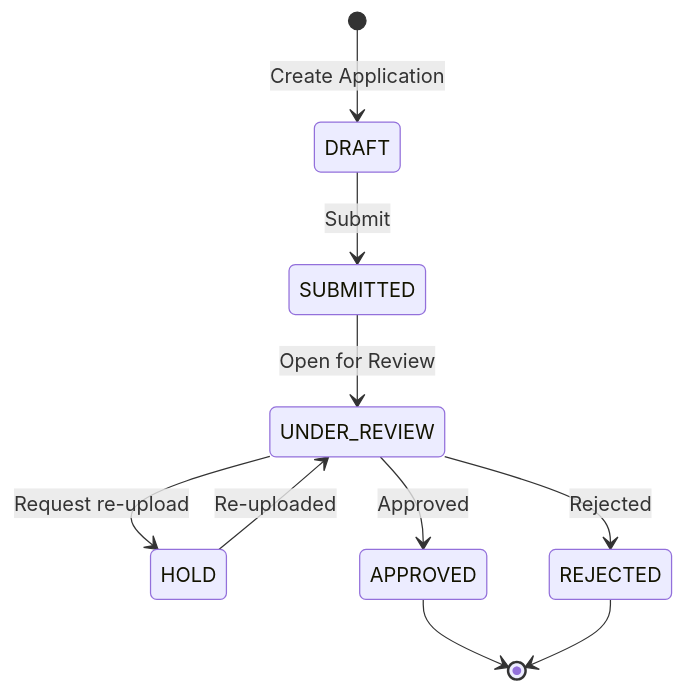
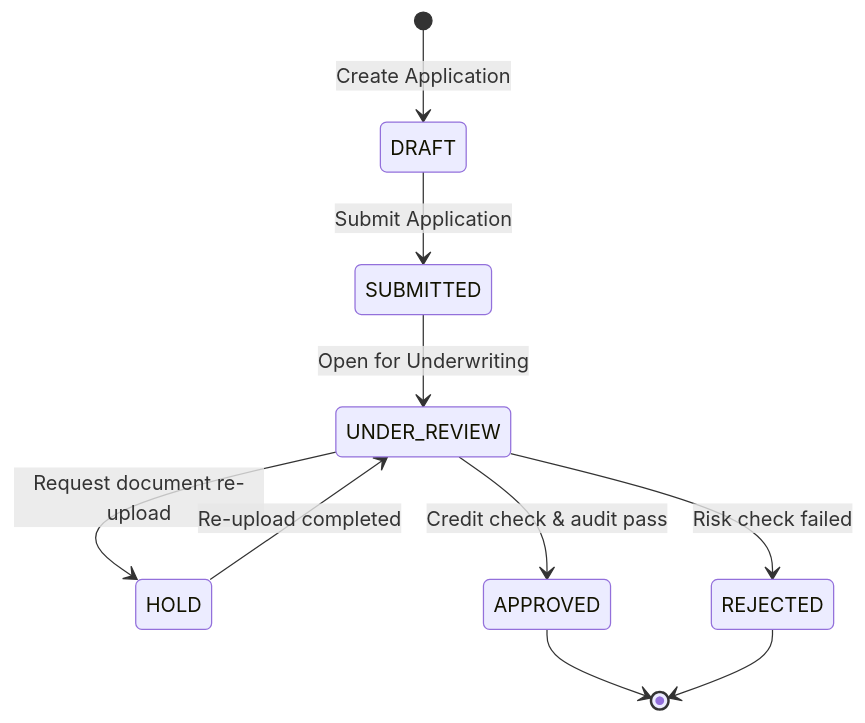
The fifth of 5 diagrams in docs/DESIGN_DIAGRAMS.md (durgaaprasadch/FinFlow), drawn with Mermaid before and after one commit. The commit also changed other lines of this file and 2 other files, not shown here.

Commit message:
docs: enrich project diagrams, code explanations, and presentation slides

````diff
--- a/docs/DESIGN_DIAGRAMS.md
+++ b/docs/DESIGN_DIAGRAMS.md
@@ -120,12 +179,12 @@
 ```mermaid
 stateDiagram-v2
     [*] --> DRAFT : Create Application
-    DRAFT --> SUBMITTED : Submit
-    SUBMITTED --> UNDER_REVIEW : Open for Review
-    UNDER_REVIEW --> HOLD : Request re-upload
-    HOLD --> UNDER_REVIEW : Re-uploaded
-    UNDER_REVIEW --> APPROVED : Approved
-    UNDER_REVIEW --> REJECTED : Rejected
+    DRAFT --> SUBMITTED : Submit Application
+    SUBMITTED --> UNDER_REVIEW : Open for Underwriting
+    UNDER_REVIEW --> HOLD : Request document re-upload
+    HOLD --> UNDER_REVIEW : Re-upload completed
+    UNDER_REVIEW --> APPROVED : Credit check & audit pass
+    UNDER_REVIEW --> REJECTED : Risk check failed
     APPROVED --> [*]
     REJECTED --> [*]
 ```
````
